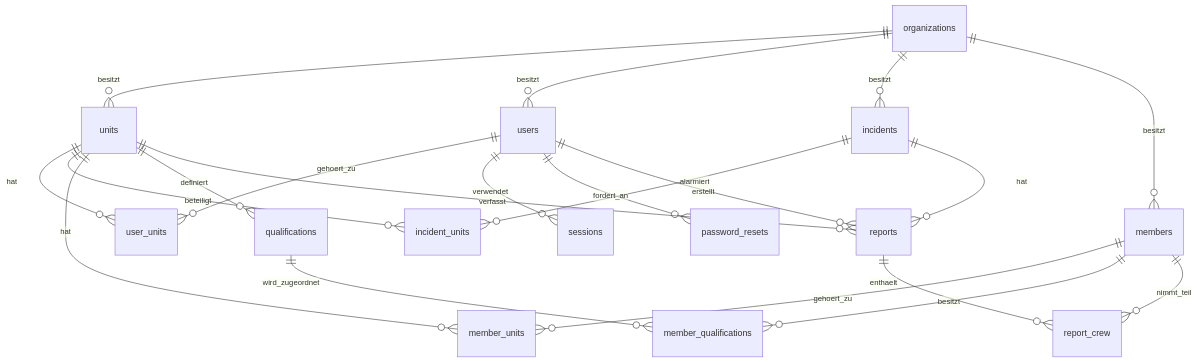
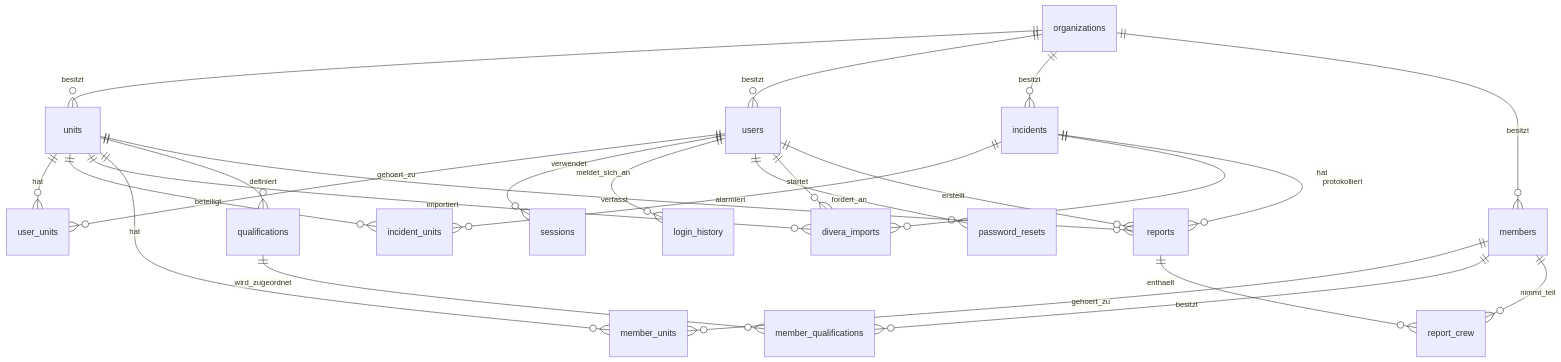
One commit to heoelri/ebmanager changed the diagram in DATENMODELL.md. Above: the diagram before and after it, drawn with Mermaid. The commit also changed other lines of this file and 18 other files, not shown here.

````diff
--- a/DATENMODELL.md
+++ b/DATENMODELL.md
@@ -23,23 +25,27 @@
 ```mermaid
 erDiagram
     organizations ||--o{ units : besitzt
     organizations ||--o{ users : besitzt
     organizations ||--o{ incidents : besitzt
     organizations ||--o{ members : besitzt
     users ||--o{ user_units : gehoert_zu
     units ||--o{ user_units : hat
     users ||--o{ sessions : verwendet
+    users ||--o{ login_history : meldet_sich_an
     users ||--o{ password_resets : fordert_an
     incidents ||--o{ incident_units : alarmiert
     units ||--o{ incident_units : beteiligt
+    units ||--o{ divera_imports : importiert
+    incidents ||--o{ divera_imports : protokolliert
+    users ||--o{ divera_imports : startet
     members ||--o{ member_units : gehoert_zu
     units ||--o{ member_units : hat
     units ||--o{ qualifications : definiert
     members ||--o{ member_qualifications : besitzt
     qualifications ||--o{ member_qualifications : wird_zugeordnet
     incidents ||--o{ reports : hat
     units ||--o{ reports : verfasst
     users ||--o{ reports : erstellt
     reports ||--o{ report_crew : enthaelt
     members ||--o{ report_crew : nimmt_teil
 ```
````
